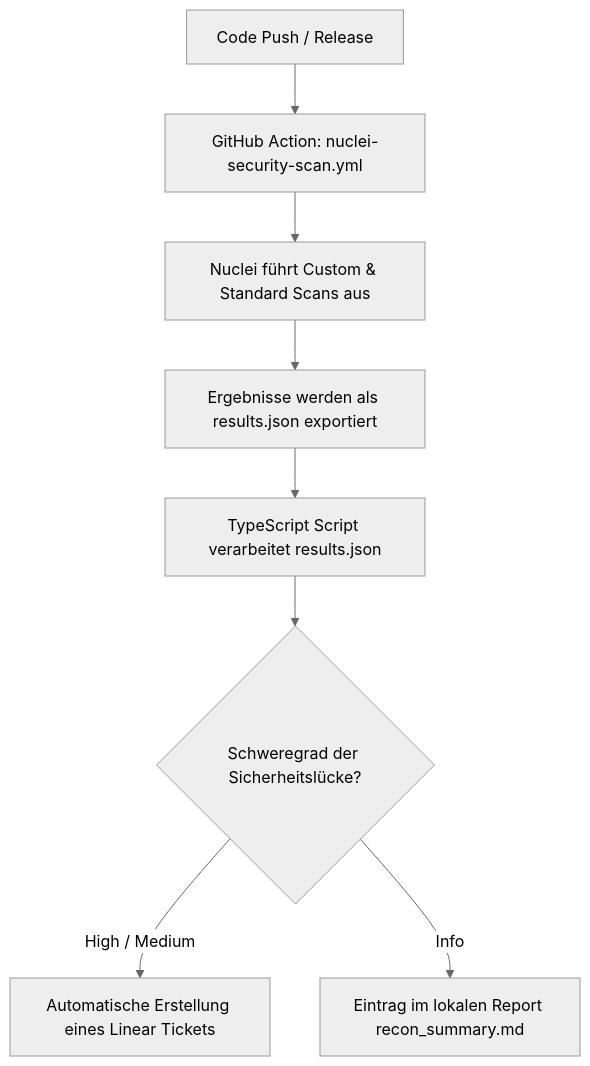
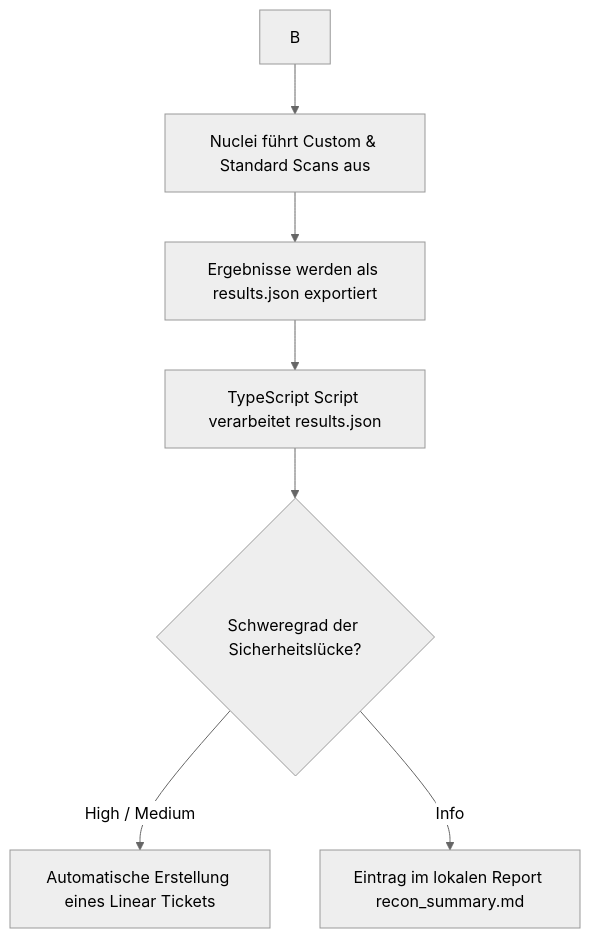
One commit to Wolchonak-161/Nuclei changed the diagram in PROJEKT_KONZEPT.md. Above: the diagram before and after it, drawn with Mermaid (neutral theme). The commit also changed other lines of this file and 9 other files, not shown here.

````diff
--- a/PROJEKT_KONZEPT.md
+++ b/PROJEKT_KONZEPT.md
@@ -123,10 +131,9 @@
 ```mermaid
 graph TD
-    A[Code Push / Release] --> B[GitHub Action: nuclei-security-scan.yml]
     B --> C[Nuclei führt Custom & Standard Scans aus]
     C --> D[Ergebnisse werden als results.json exportiert]
     D --> E[TypeScript Script verarbeitet results.json]
     E --> F{Schweregrad der Sicherheitslücke?}
     F -->|High / Medium| G[Automatische Erstellung eines Linear Tickets]
     F -->|Info| H[Eintrag im lokalen Report recon_summary.md]
 ```
````
